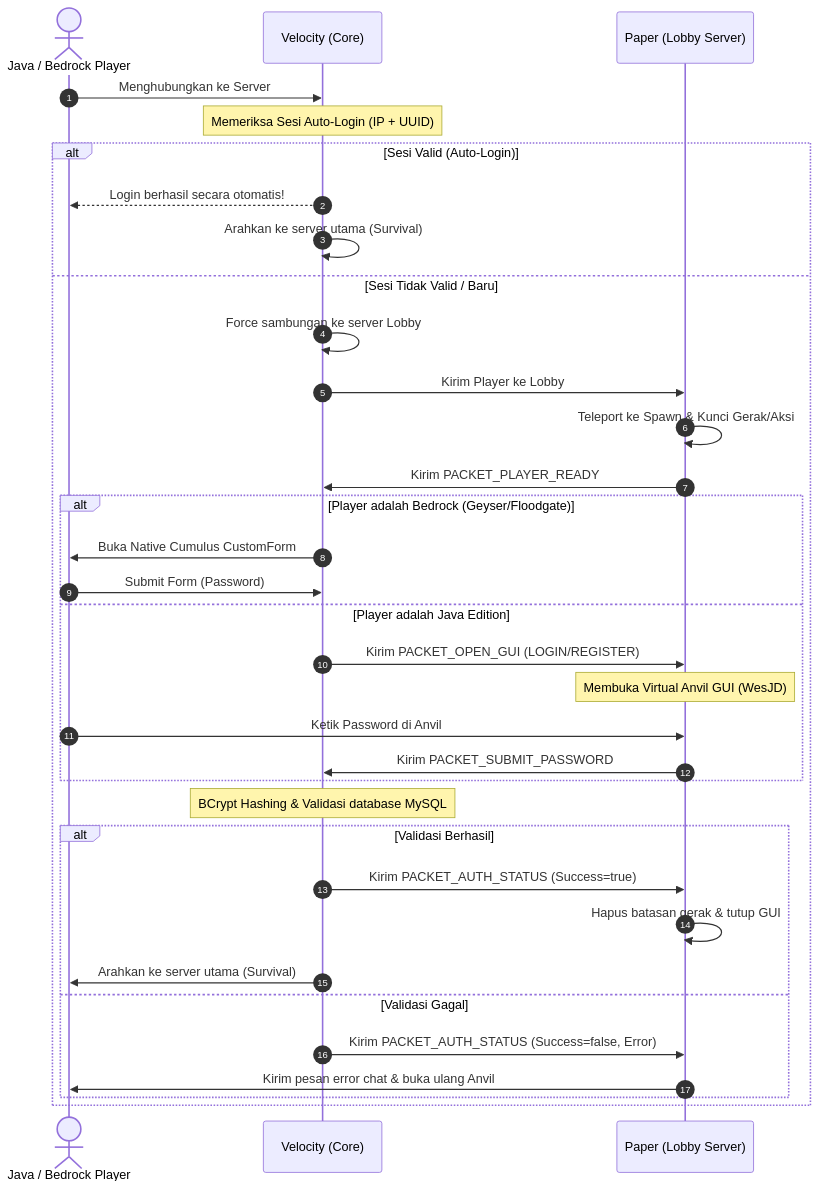
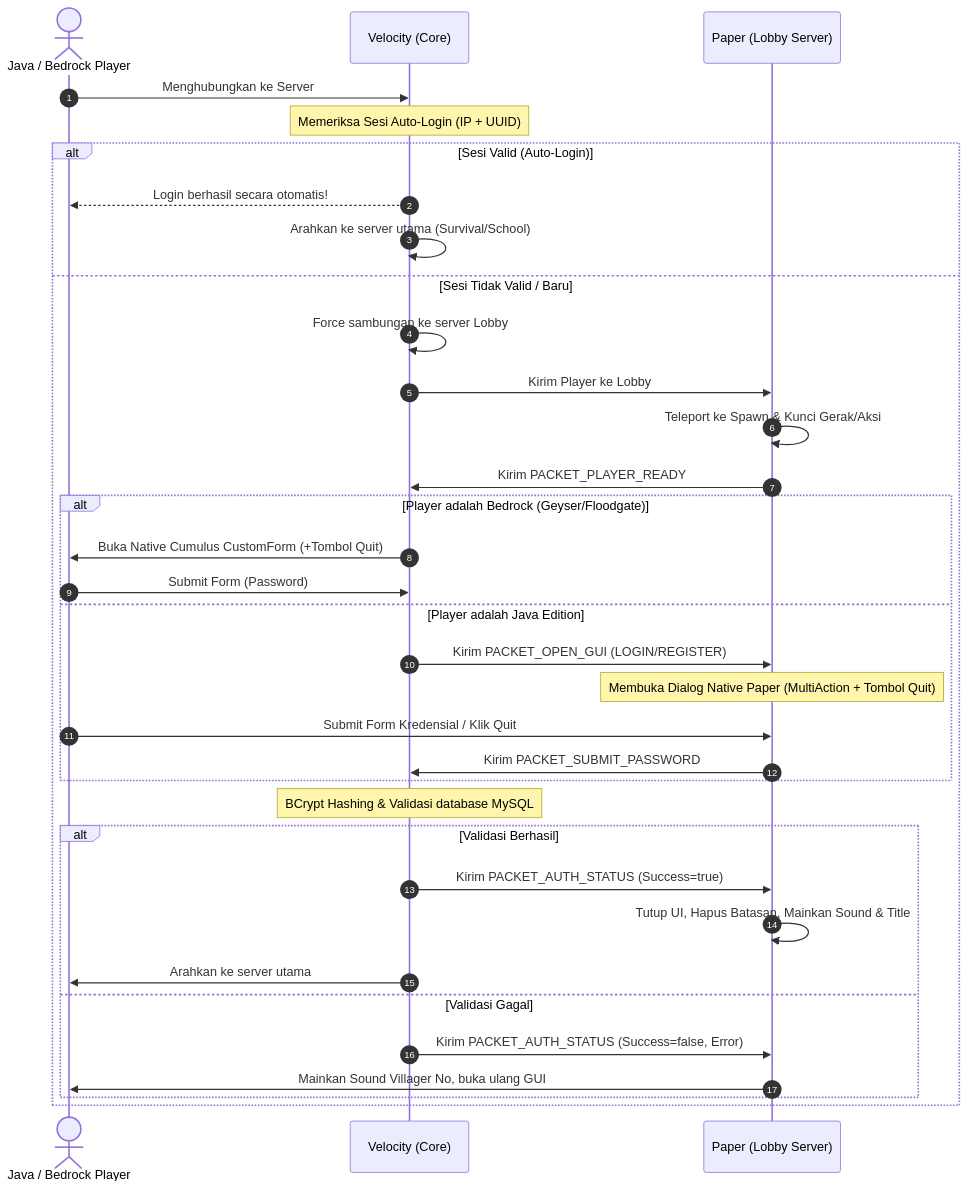
The diagram in README.md (Natural-Minecraft/NaturalAuth), drawn with Mermaid before and after one commit. The commit also changed other lines of this file and 5 other files, not shown here.

Commit message:
feat: implement quit options in GUI forms and lobby-mode selection for multi-server compatibility

````diff
--- a/README.md
+++ b/README.md
@@ -15,40 +16,40 @@
 ```mermaid
 sequenceDiagram
     autonumber
     actor Player as Java / Bedrock Player
     participant Proxy as Velocity (Core)
     participant Lobby as Paper (Lobby Server)
     
     Player->>Proxy: Menghubungkan ke Server
     Note over Proxy: Memeriksa Sesi Auto-Login (IP + UUID)
     alt Sesi Valid (Auto-Login)
         Proxy-->>Player: Login berhasil secara otomatis!
-        Proxy->>Proxy: Arahkan ke server utama (Survival)
+        Proxy->>Proxy: Arahkan ke server utama (Survival/School)
     else Sesi Tidak Valid / Baru
         Proxy->>Proxy: Force sambungan ke server Lobby
         Proxy->>Lobby: Kirim Player ke Lobby
         Lobby->>Lobby: Teleport ke Spawn & Kunci Gerak/Aksi
         Lobby->>Proxy: Kirim PACKET_PLAYER_READY
         
         alt Player adalah Bedrock (Geyser/Floodgate)
-            Proxy->>Player: Buka Native Cumulus CustomForm
+            Proxy->>Player: Buka Native Cumulus CustomForm (+Tombol Quit)
             Player->>Proxy: Submit Form (Password)
         else Player adalah Java Edition
             Proxy->>Lobby: Kirim PACKET_OPEN_GUI (LOGIN/REGISTER)
-            Note over Lobby: Membuka Virtual Anvil GUI (WesJD)
-            Player->>Lobby: Ketik Password di Anvil
+            Note over Lobby: Membuka Dialog Native Paper (MultiAction + Tombol Quit)
+            Player->>Lobby: Submit Form Kredensial / Klik Quit
             Lobby->>Proxy: Kirim PACKET_SUBMIT_PASSWORD
         end
         
         Note over Proxy: BCrypt Hashing & Validasi database MySQL
         
         alt Validasi Berhasil
             Proxy->>Lobby: Kirim PACKET_AUTH_STATUS (Success=true)
-            Lobby->>Lobby: Hapus batasan gerak & tutup GUI
-            Proxy->>Player: Arahkan ke server utama (Survival)
+            Lobby->>Lobby: Tutup UI, Hapus Batasan, Mainkan Sound & Title
+            Proxy->>Player: Arahkan ke server utama
         else Validasi Gagal
             Proxy->>Lobby: Kirim PACKET_AUTH_STATUS (Success=false, Error)
-            Lobby->>Player: Kirim pesan error chat & buka ulang Anvil
+            Lobby->>Player: Mainkan Sound Villager No, buka ulang GUI
         end
     end
 ```
````
